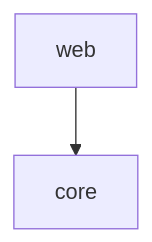
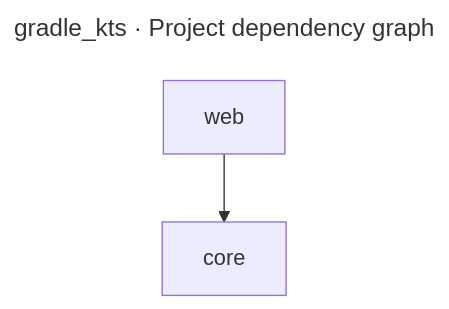
Before and after one commit to ythalorossy/architecture-skills: the third of 3 diagrams in tests/golden/gradle_kts/output/ArchitectureReport.md, drawn with Mermaid. The commit also changed other lines of this file and 34 other files, not shown here.

First line of the commit message:
feat(report): strengths from the model, split folders, titled dependency graph

````diff
--- a/tests/golden/gradle_kts/output/ArchitectureReport.md
+++ b/tests/golden/gradle_kts/output/ArchitectureReport.md
@@ -133,6 +137,9 @@
 ```mermaid
+---
+title: "gradle_kts · Project dependency graph"
+---
 graph TD
     core["core"]
     web["web"]
     web --> core
 ```
````
